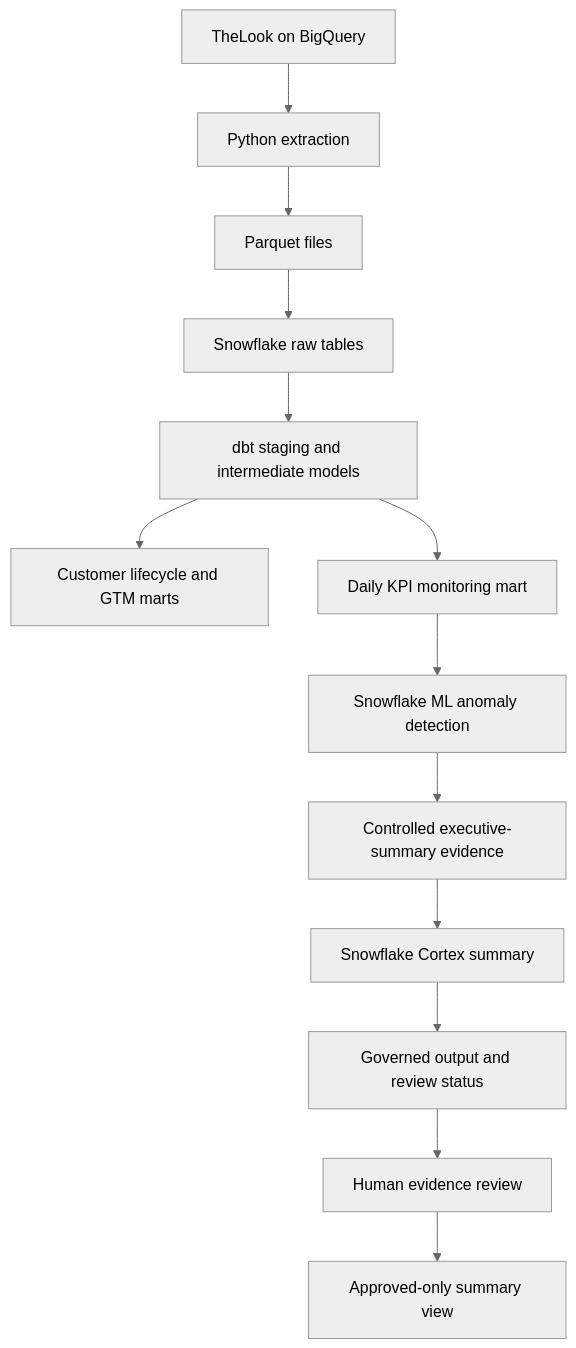
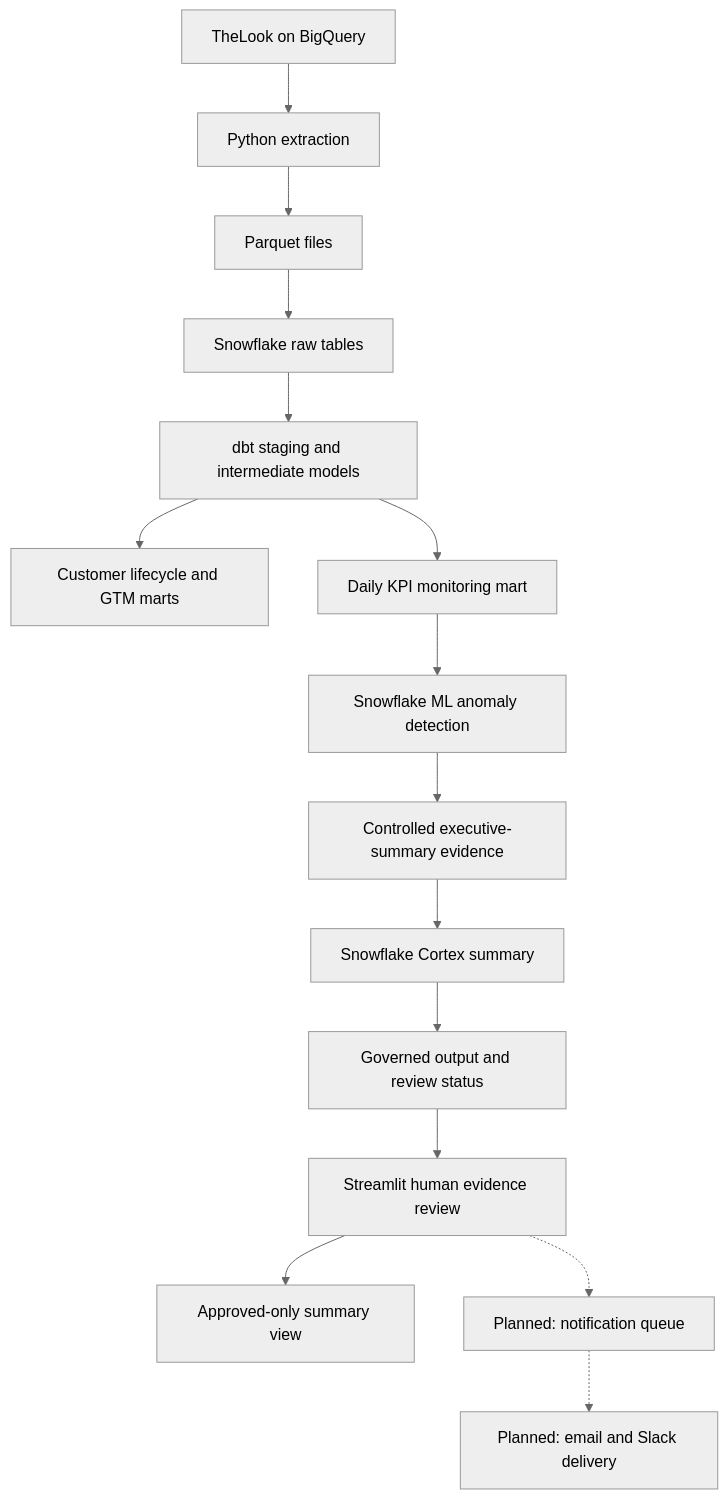
Before and after one commit to Pranav282/cortex-ecommerce-intelligence: the diagram in README.md, drawn with Mermaid (neutral theme). The commit also changed other lines of this file, not shown here.

````diff
--- a/README.md
+++ b/README.md
@@ -32,15 +33,17 @@
 ```mermaid
 flowchart TD
     A["TheLook on BigQuery"] --> B["Python extraction"]
     B --> C["Parquet files"]
     C --> D["Snowflake raw tables"]
     D --> E["dbt staging and intermediate models"]
     E --> F["Customer lifecycle and GTM marts"]
     E --> G["Daily KPI monitoring mart"]
     G --> H["Snowflake ML anomaly detection"]
     H --> I["Controlled executive-summary evidence"]
     I --> J["Snowflake Cortex summary"]
     J --> K["Governed output and review status"]
-    K --> L["Human evidence review"]
+    K --> L["Streamlit human evidence review"]
     L --> M["Approved-only summary view"]
+    L -.-> N["Planned: notification queue"]
+    N -.-> O["Planned: email and Slack delivery"]
 ```
````
